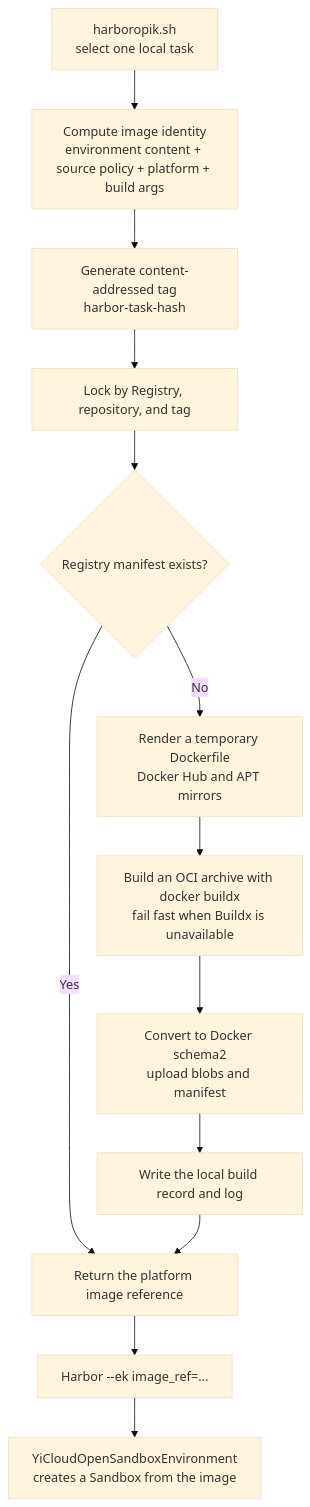
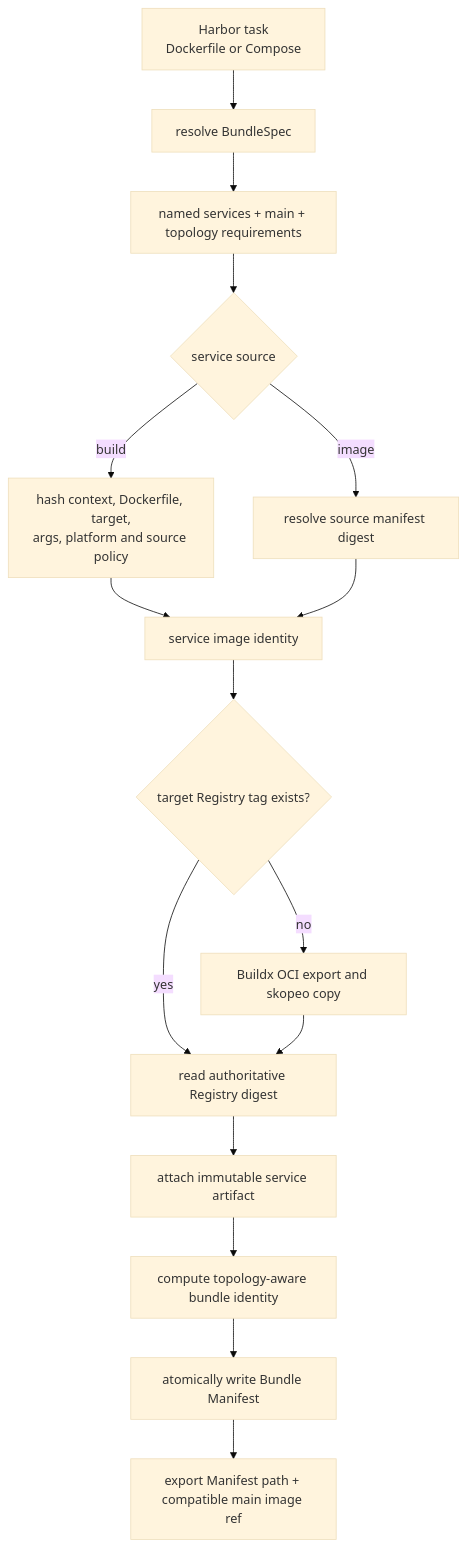
One commit to AmaoLearning/agent-fleet changed the diagram in Agents/utils/common/Harbor/OPENSANDBOX_IMAGE_MANAGER.md. Above: the diagram before and after it, drawn with Mermaid (base theme). The commit also changed other lines of this file and 18 other files, not shown here.

First line of the commit message:
feat(harbor): implement OpenSandbox Compose orchestration (#127)

````diff
--- a/Agents/utils/common/Harbor/OPENSANDBOX_IMAGE_MANAGER.md
+++ b/Agents/utils/common/Harbor/OPENSANDBOX_IMAGE_MANAGER.md
@@ -16,15 +20,18 @@
 ```mermaid
 graph TD
-    A["harboropik.sh<br/>select one local task"] --> B["Compute image identity<br/>environment content + source policy + platform + build args"]
-    B --> C["Generate content-addressed tag<br/>harbor-task-hash"]
-    C --> D["Lock by Registry, repository, and tag"]
-    D --> E{"Registry manifest exists?"}
-    E -- Yes --> F["Return the platform image reference"]
-    E -- No --> G["Render a temporary Dockerfile<br/>Docker Hub and APT mirrors"]
-    G --> H["Build an OCI archive with docker buildx<br/>fail fast when Buildx is unavailable"]
-    H --> I["Convert to Docker schema2<br/>upload blobs and manifest"]
-    I --> J["Write the local build record and log"]
-    J --> F
-    F --> K["Harbor --ek image_ref=..."]
-    K --> L["YiCloudOpenSandboxEnvironment<br/>creates a Sandbox from the image"]
+    A["Harbor task<br/>Dockerfile or Compose"] --> B["resolve BundleSpec"]
+    B --> C["named services + main + topology requirements"]
+    C --> D{"service source"}
+    D -- build --> E["hash context, Dockerfile, target,<br/>args, platform and source policy"]
+    D -- image --> F["resolve source manifest digest"]
+    E --> G["service image identity"]
+    F --> G
+    G --> H{"target Registry tag exists?"}
+    H -- yes --> I["read authoritative Registry digest"]
+    H -- no --> J["Buildx OCI export and skopeo copy"]
+    J --> I
+    I --> K["attach immutable service artifact"]
+    K --> L["compute topology-aware bundle identity"]
+    L --> M["atomically write Bundle Manifest"]
+    M --> N["export Manifest path + compatible main image ref"]
 ```
````
